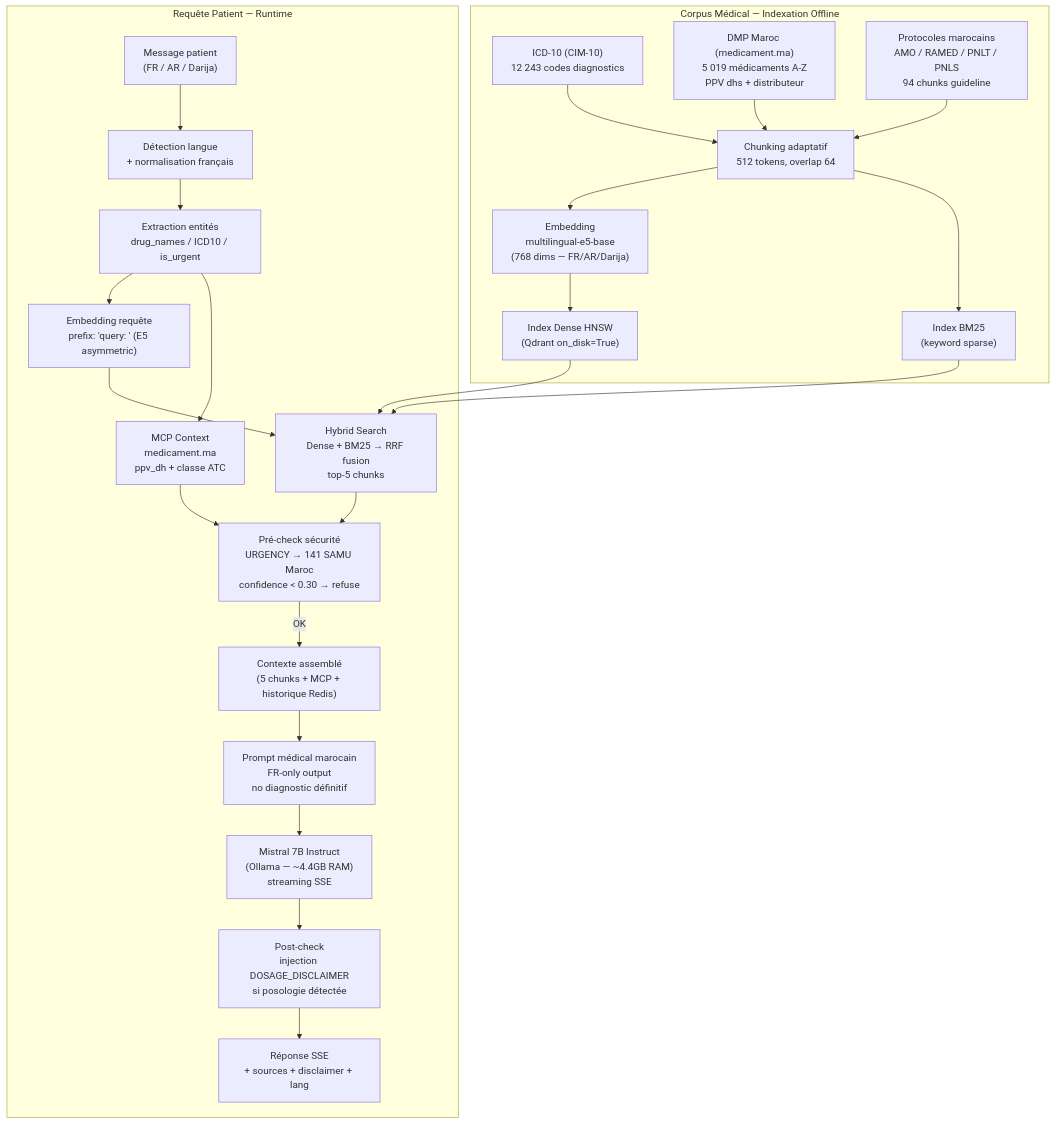
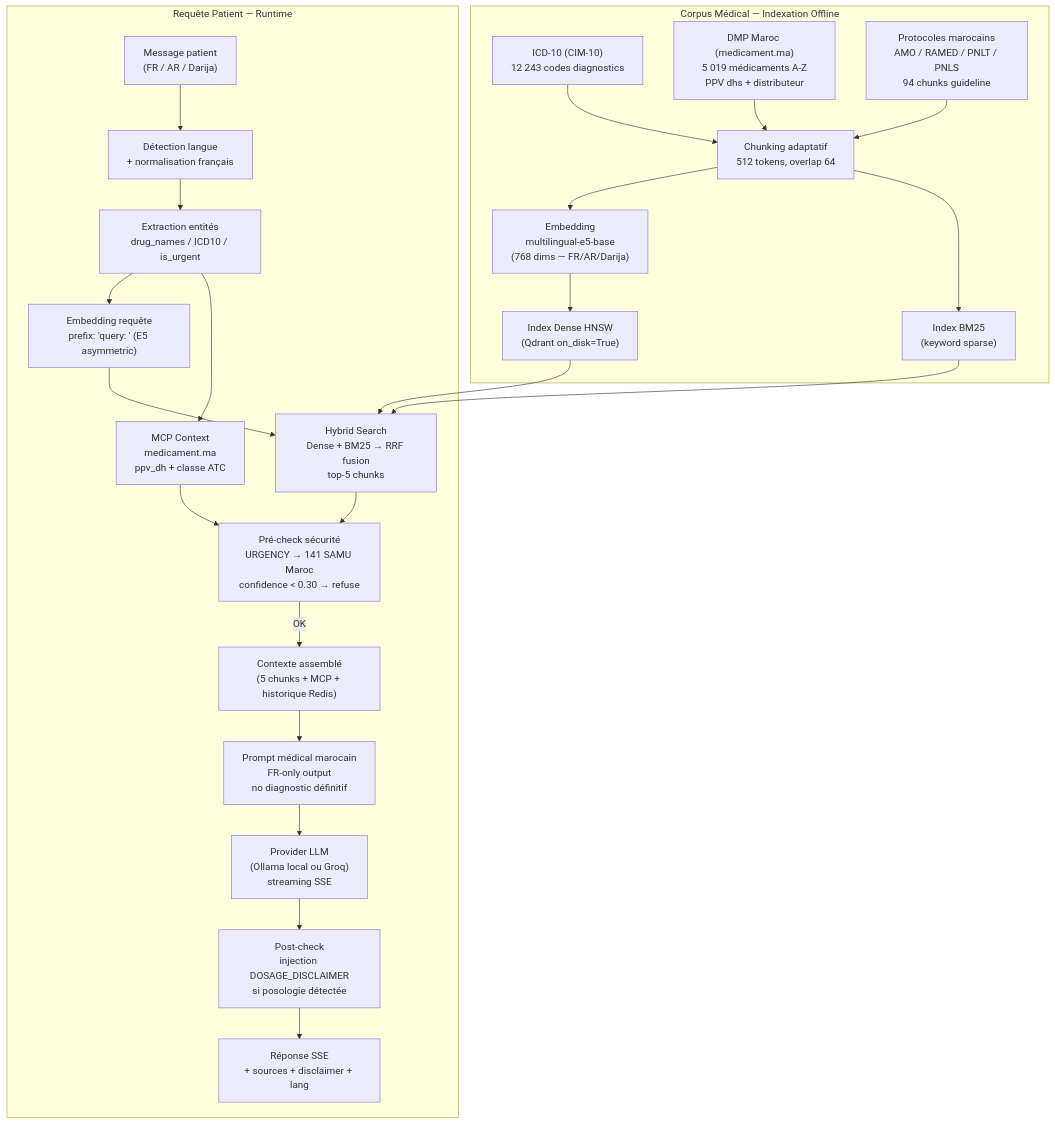
One commit to Boussyf0/MediSense-AI changed diagram 27 of 32 in docs/DIAGRAMMES.md. Above: the diagram before and after it, drawn with Mermaid. The commit also changed other lines of this file and 9 other files, not shown here.

````diff
--- a/docs/DIAGRAMMES.md
+++ b/docs/DIAGRAMMES.md
@@ -1172,39 +1172,39 @@
 ```mermaid
 flowchart TB
     subgraph CORPUS["Corpus Médical — Indexation Offline"]
         D1["ICD-10 (CIM-10)<br/>12 243 codes diagnostics"]
         D2["DMP Maroc (medicament.ma)<br/>5 019 médicaments A-Z<br/>PPV dhs + distributeur"]
         D3["Protocoles marocains<br/>AMO / RAMED / PNLT / PNLS<br/>94 chunks guideline"]
         CHUNK["Chunking adaptatif<br/>512 tokens, overlap 64"]
         EMBED["Embedding<br/>multilingual-e5-base<br/>(768 dims — FR/AR/Darija)"]
         BM25_I["Index BM25<br/>(keyword sparse)"]
         DENSE_I["Index Dense HNSW<br/>(Qdrant on_disk=True)"]
     end
 
     subgraph QUERY["Requête Patient — Runtime"]
         MSG["Message patient<br/>(FR / AR / Darija)"]
         LANGDET["Détection langue<br/>+ normalisation français"]
         ENTITY["Extraction entités<br/>drug_names / ICD10 / is_urgent"]
         QEMBED["Embedding requête<br/>prefix: 'query: ' (E5 asymmetric)"]
         HYBRIDS["Hybrid Search<br/>Dense + BM25 → RRF fusion<br/>top-5 chunks"]
         MCPCTX["MCP Context<br/>medicament.ma<br/>ppv_dh + classe ATC"]
         SAFETY_PRE["Pré-check sécurité<br/>URGENCY → 141 SAMU Maroc<br/>confidence < 0.30 → refuse"]
         CONTEXT["Contexte assemblé<br/>(5 chunks + MCP + historique Redis)"]
         PROMPT["Prompt médical marocain<br/>FR-only output<br/>no diagnostic définitif"]
-        LLAMA_M["Mistral 7B Instruct<br/>(Ollama — ~4.4GB RAM)<br/>streaming SSE"]
+        LLAMA_M["Provider LLM<br/>(Ollama local ou Groq)<br/>streaming SSE"]
         SAFETY_POST["Post-check<br/>injection DOSAGE_DISCLAIMER<br/>si posologie détectée"]
         RESPONSE["Réponse SSE<br/>+ sources + disclaimer + lang"]
     end
 
     D1 & D2 & D3 --> CHUNK --> EMBED
     EMBED --> DENSE_I
     CHUNK --> BM25_I
 
     MSG --> LANGDET --> ENTITY --> QEMBED
     QEMBED --> HYBRIDS
     DENSE_I & BM25_I --> HYBRIDS
     ENTITY --> MCPCTX
     HYBRIDS & MCPCTX --> SAFETY_PRE
     SAFETY_PRE -->|"OK"| CONTEXT
     CONTEXT --> PROMPT --> LLAMA_M --> SAFETY_POST --> RESPONSE
 ```
````
